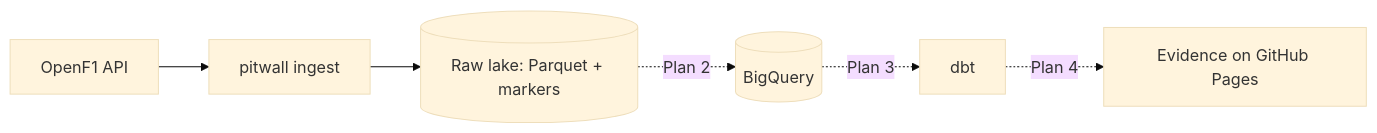
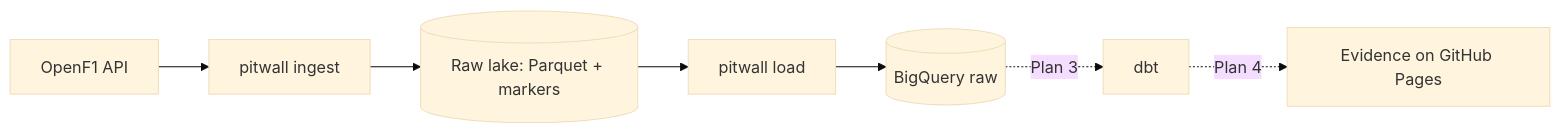
One commit to TomasRipsky/pitwall changed the diagram in README.md. Above: the diagram before and after it, drawn with Mermaid (base theme). The commit also changed other lines of this file and 23 other files, not shown here.

First line of the commit message:
feat(pitwall): GCP infrastructure and BigQuery loader (data-engineering-lab#19)

````diff
--- a/README.md
+++ b/README.md
@@ -7,5 +7,5 @@
 ```mermaid
 flowchart LR
   api[OpenF1 API] --> ingest[pitwall ingest] --> lake[(Raw lake: Parquet + markers)]
-  lake -. Plan 2 .-> bq[(BigQuery)] -. Plan 3 .-> dbt[dbt] -. Plan 4 .-> site[Evidence on GitHub Pages]
+  lake --> load[pitwall load] --> bq[(BigQuery raw)] -. Plan 3 .-> dbt[dbt] -. Plan 4 .-> site[Evidence on GitHub Pages]
 ```
````
